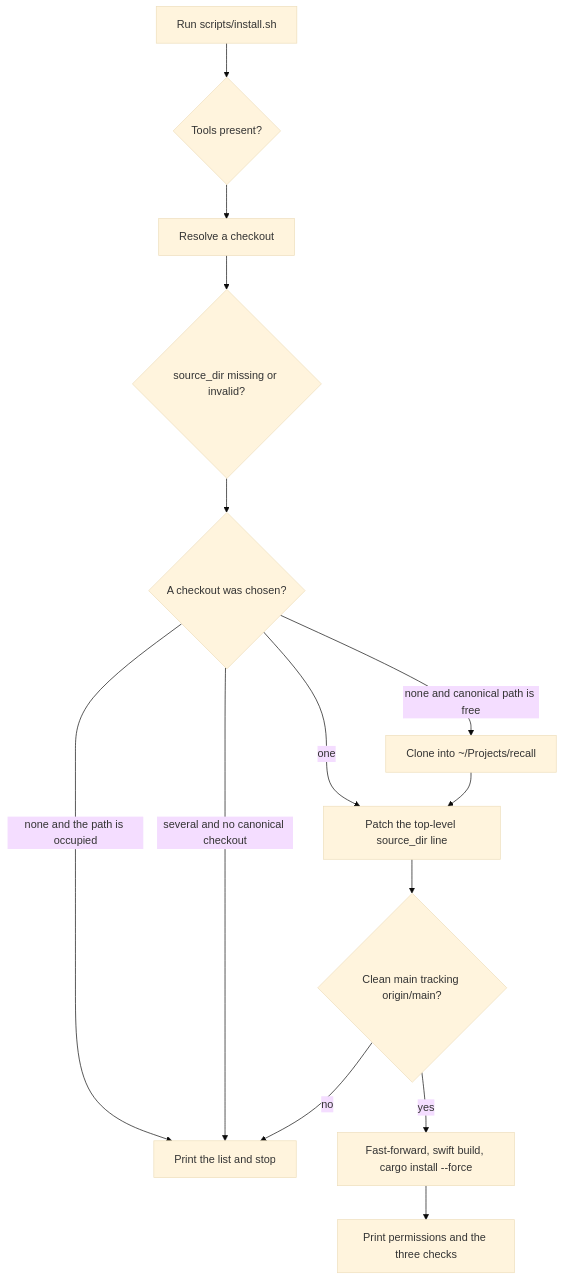
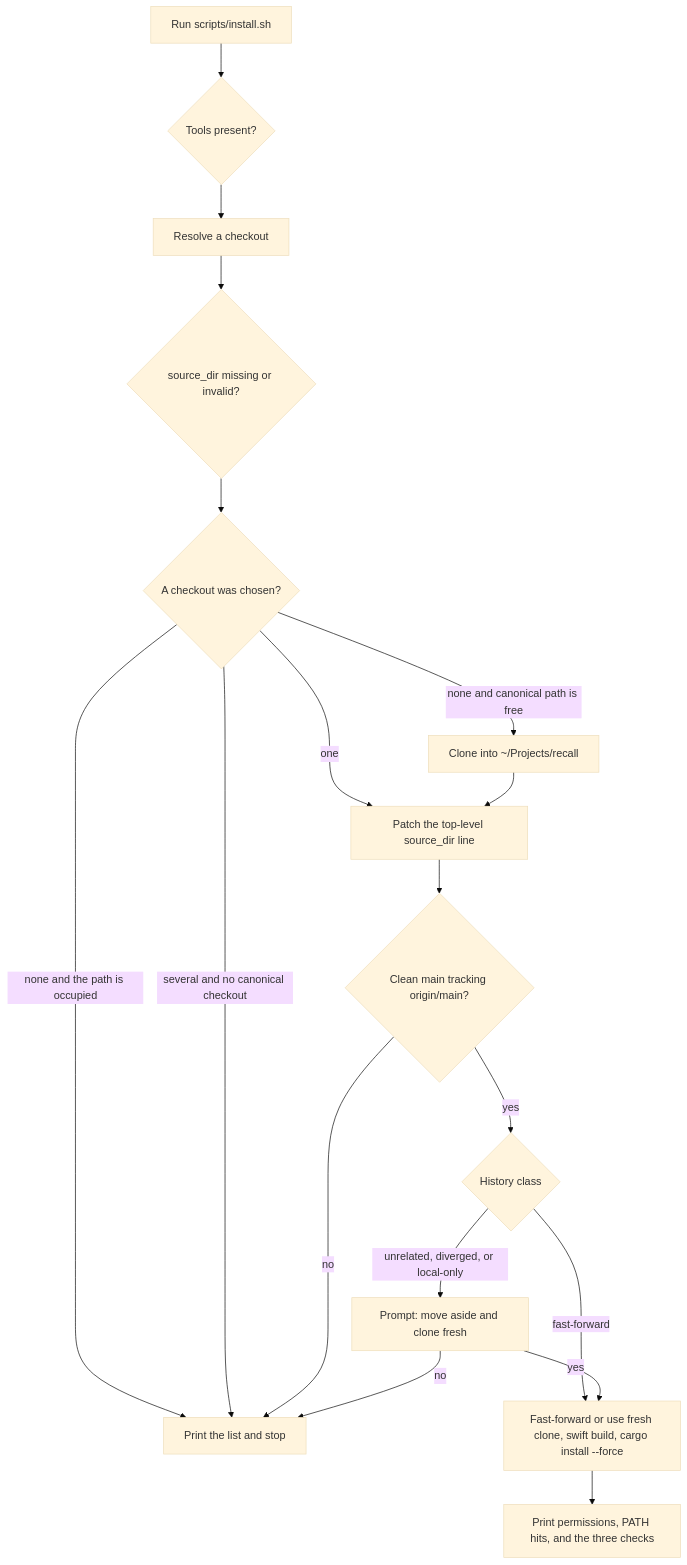
One commit to matthewpergolski/recall changed the diagram in docs/specs/install-and-update.md. Above: the diagram before and after it, drawn with Mermaid (base theme). The commit also changed other lines of this file, not shown here.

First line of the commit message:
docs: cover stale install states in the update spec

````diff
--- a/docs/specs/install-and-update.md
+++ b/docs/specs/install-and-update.md
@@ -180,27 +416,33 @@
 ```mermaid
 flowchart TD
   start[Run scripts/install.sh]
   tools{Tools present?}
   find[Resolve a checkout]
   stale{source_dir missing or invalid?}
   chosen{A checkout was chosen?}
   clone[Clone into ~/Projects/recall]
   stop[Print the list and stop]
   write[Patch the top-level source_dir line]
   git{Clean main tracking origin/main?}
-  build[Fast-forward, swift build, cargo install --force]
-  grants[Print permissions and the three checks]
+  history{History class}
+  aside[Prompt: move aside and clone fresh]
+  build[Fast-forward or use fresh clone, swift build, cargo install --force]
+  grants[Print permissions, PATH hits, and the three checks]
   start --> tools
   tools --> find
   find --> stale
   stale --> chosen
   chosen -->|none and canonical path is free| clone
   chosen -->|none and the path is occupied| stop
   chosen -->|several and no canonical checkout| stop
   chosen -->|one| write
   clone --> write
   write --> git
   git -->|no| stop
-  git -->|yes| build
+  git -->|yes| history
+  history -->|fast-forward| build
+  history -->|unrelated, diverged, or local-only| aside
+  aside -->|no| stop
+  aside -->|yes| build
   build --> grants
 ```
````
